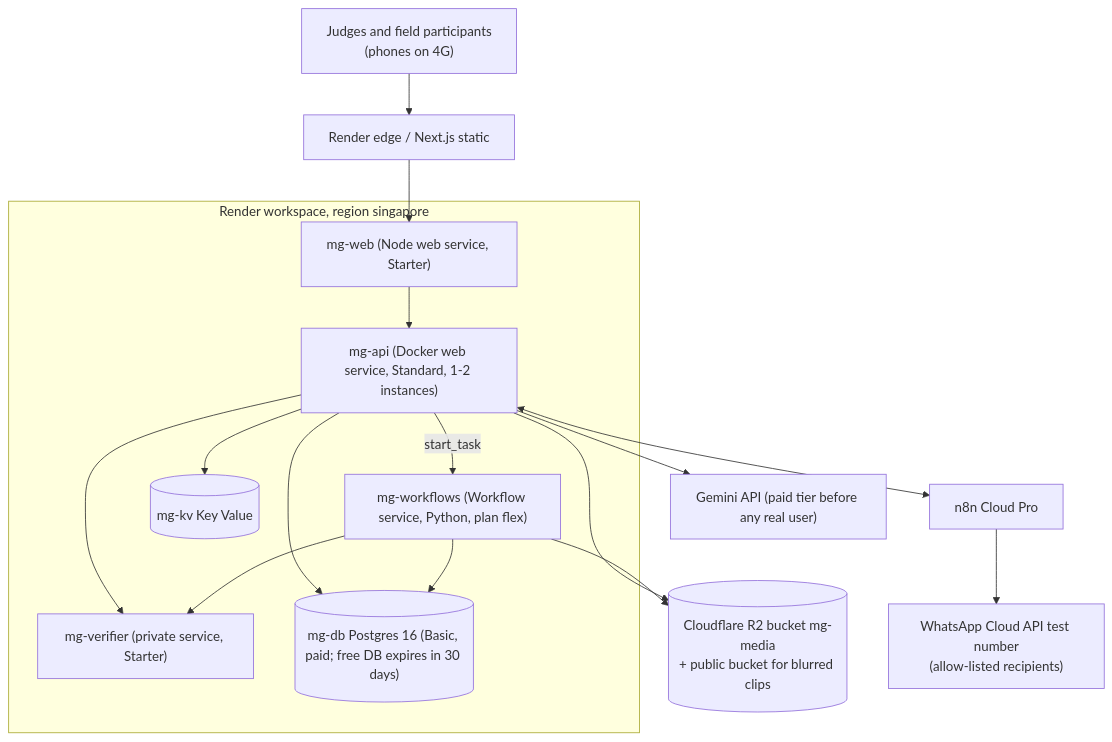
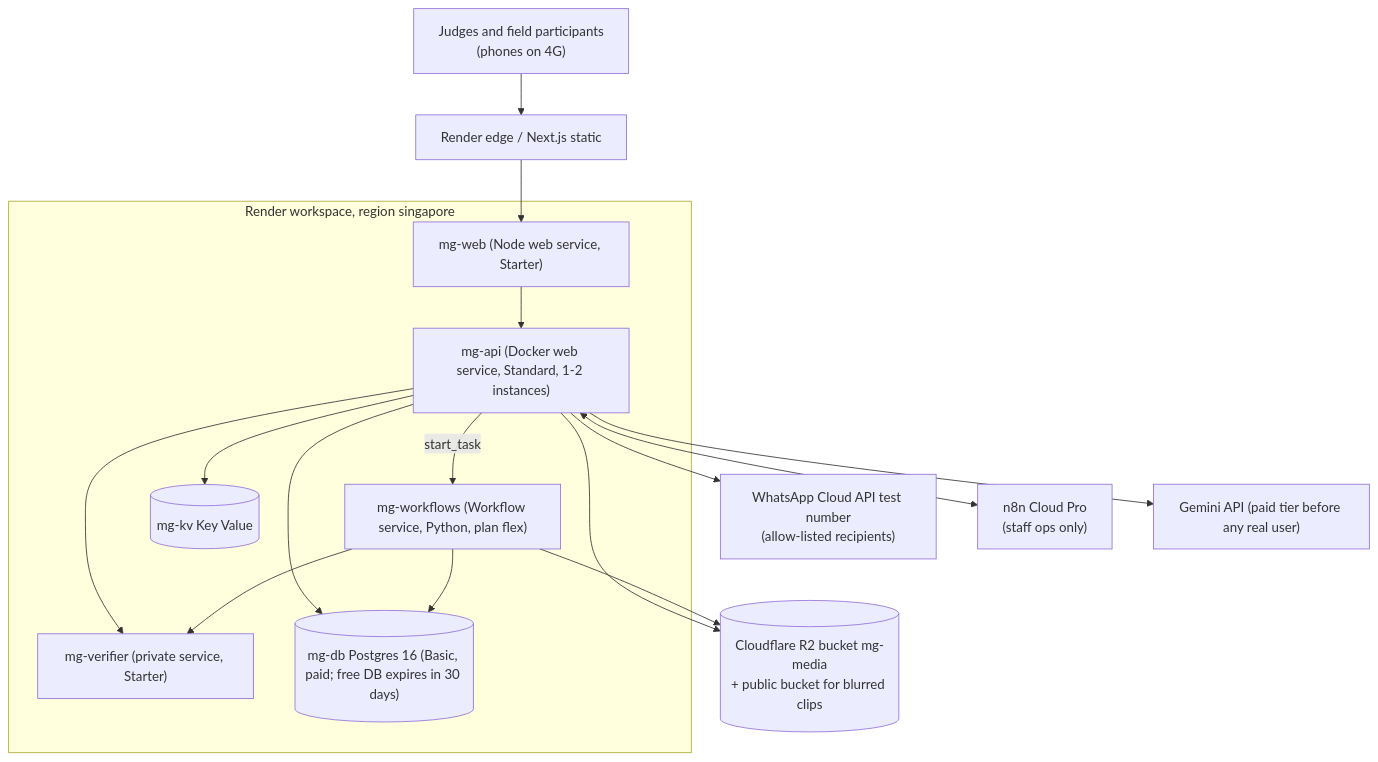
One commit to sruj08/margadarshak changed diagram 13 of 14 in docs/03-engineering/ARCHITECTURE.md. Above: the diagram before and after it, drawn with Mermaid. The commit also changed other lines of this file and 60 other files, not shown here.

````diff
--- a/docs/03-engineering/ARCHITECTURE.md
+++ b/docs/03-engineering/ARCHITECTURE.md
@@ -736,24 +736,24 @@
 ```mermaid
 flowchart TB
   U["Judges and field participants<br/>(phones on 4G)"] --> CDN["Render edge / Next.js static"]
   subgraph RS["Render workspace, region singapore"]
     W["mg-web (Node web service, Starter)"]
     A["mg-api (Docker web service, Standard, 1-2 instances)"]
     V["mg-verifier (private service, Starter)"]
     WF["mg-workflows (Workflow service, Python, plan flex)"]
     P[("mg-db Postgres 16 (Basic, paid; free DB expires in 30 days)")]
     K[("mg-kv Key Value")]
   end
   CDN --> W --> A
   A --> V
   A --> P
   A --> K
   A -->|start_task| WF
   WF --> P
   WF --> V
   A --> R2[("Cloudflare R2 bucket mg-media<br/>+ public bucket for blurred clips")]
   WF --> R2
-  A <--> N8["n8n Cloud Pro"]
-  N8 --> WA["WhatsApp Cloud API test number<br/>(allow-listed recipients)"]
+  A --> WA["WhatsApp Cloud API test number<br/>(allow-listed recipients)"]
+  A <--> N8["n8n Cloud Pro<br/>(staff ops only)"]
   A --> GM["Gemini API (paid tier before any real user)"]
 ```
````
